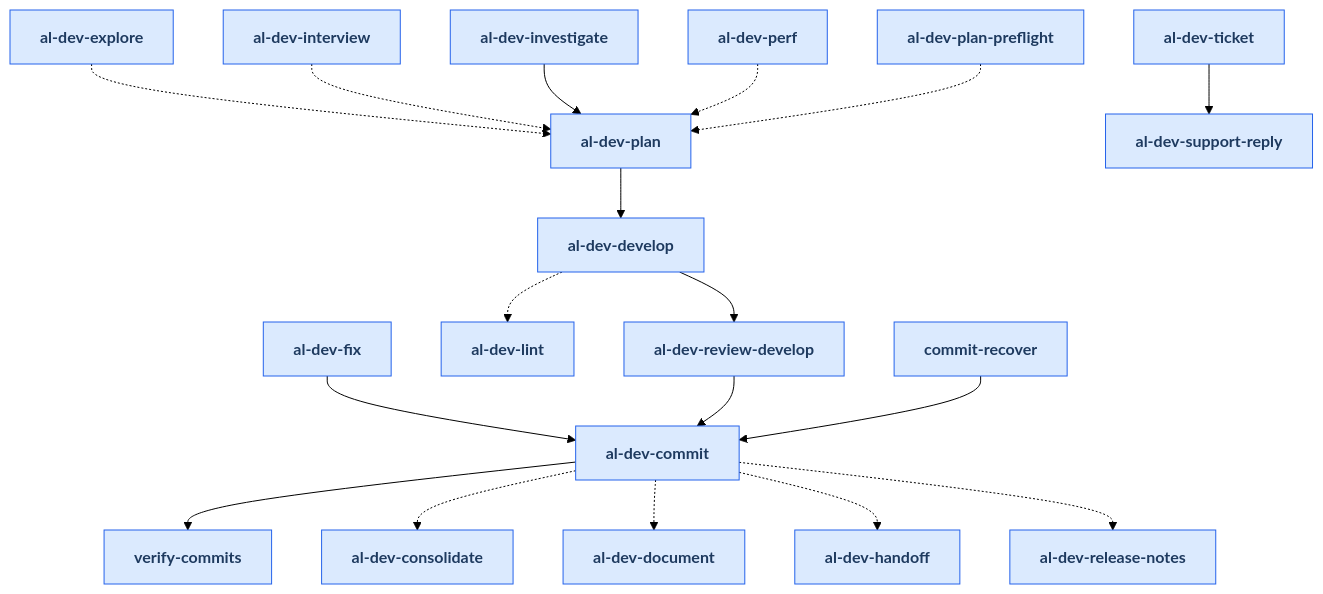
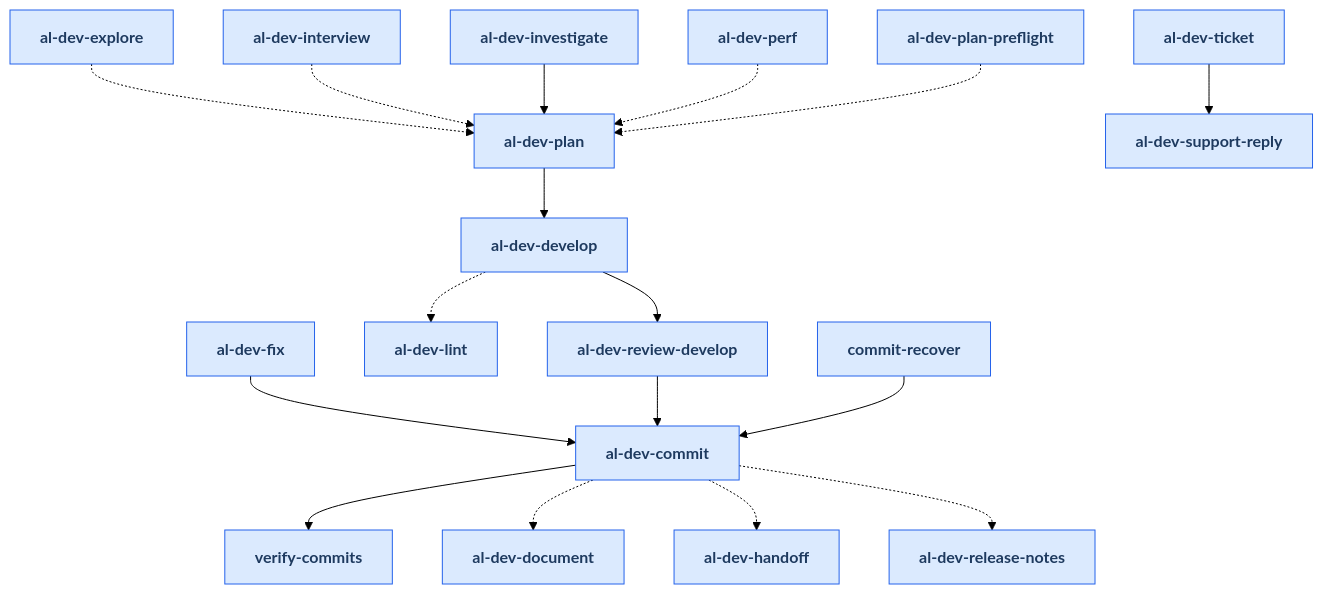
One commit to russell-laing/al-dev-shared changed the first of 23 diagrams in docs/al-dev-skills-map.md. Above: the diagram before and after it, drawn with Mermaid (forest theme). The commit also changed other lines of this file and 5 other files, not shown here.

First line of the commit message:
refactor(skills)!: move al-dev-consolidate to maintainer surface

````diff
--- a/docs/al-dev-skills-map.md
+++ b/docs/al-dev-skills-map.md
@@ -22,61 +22,58 @@
 ```mermaid
 flowchart TD
     classDef skillNode fill:#dbeafe,stroke:#2563eb,color:#1e3a5f,font-weight:bold
     skill_al_dev_commit[al-dev-commit]
-    skill_al_dev_consolidate[al-dev-consolidate]
     skill_al_dev_develop[al-dev-develop]
     skill_al_dev_document[al-dev-document]
     skill_al_dev_explore[al-dev-explore]
     skill_al_dev_fix[al-dev-fix]
     skill_al_dev_handoff[al-dev-handoff]
     skill_al_dev_interview[al-dev-interview]
     skill_al_dev_investigate[al-dev-investigate]
     skill_al_dev_lint[al-dev-lint]
     skill_al_dev_perf[al-dev-perf]
     skill_al_dev_plan[al-dev-plan]
     skill_al_dev_plan_preflight[al-dev-plan-preflight]
     skill_al_dev_release_notes[al-dev-release-notes]
     skill_al_dev_review_develop[al-dev-review-develop]
     skill_al_dev_support_reply[al-dev-support-reply]
     skill_al_dev_ticket[al-dev-ticket]
     skill_commit_recover[commit-recover]
     skill_verify_commits[verify-commits]
 
     skill_al_dev_commit --> skill_verify_commits
-    skill_al_dev_commit -.-> skill_al_dev_consolidate
     skill_al_dev_commit -.-> skill_al_dev_document
     skill_al_dev_commit -.-> skill_al_dev_handoff
     skill_al_dev_commit -.-> skill_al_dev_release_notes
     skill_al_dev_develop --> skill_al_dev_review_develop
     skill_al_dev_develop -.-> skill_al_dev_lint
     skill_al_dev_explore -.-> skill_al_dev_plan
     skill_al_dev_fix --> skill_al_dev_commit
     skill_al_dev_interview -.-> skill_al_dev_plan
     skill_al_dev_investigate --> skill_al_dev_plan
     skill_al_dev_perf -.-> skill_al_dev_plan
     skill_al_dev_plan --> skill_al_dev_develop
     skill_al_dev_plan_preflight -.-> skill_al_dev_plan
     skill_al_dev_review_develop --> skill_al_dev_commit
     skill_al_dev_ticket --> skill_al_dev_support_reply
     skill_commit_recover --> skill_al_dev_commit
 
     class skill_al_dev_commit skillNode
-    class skill_al_dev_consolidate skillNode
     class skill_al_dev_develop skillNode
     class skill_al_dev_document skillNode
     class skill_al_dev_explore skillNode
     class skill_al_dev_fix skillNode
     class skill_al_dev_handoff skillNode
     class skill_al_dev_interview skillNode
     class skill_al_dev_investigate skillNode
     class skill_al_dev_lint skillNode
     class skill_al_dev_perf skillNode
     class skill_al_dev_plan skillNode
     class skill_al_dev_plan_preflight skillNode
     class skill_al_dev_release_notes skillNode
     class skill_al_dev_review_develop skillNode
     class skill_al_dev_support_reply skillNode
     class skill_al_dev_ticket skillNode
     class skill_commit_recover skillNode
     class skill_verify_commits skillNode
 ```
````
